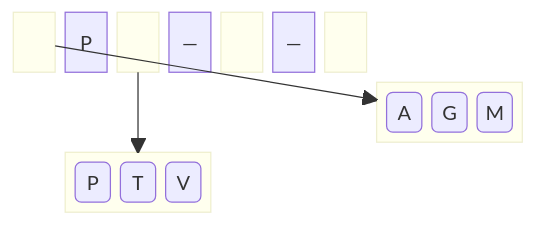
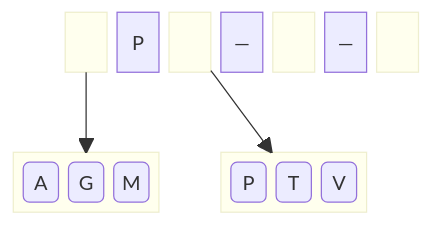
The third of 8 diagrams in Assuntos/busca-ext.md (BenhurUFSM/pod26b), drawn with Mermaid before and after one commit. The commit also changed other lines of this file, not shown here.

````diff
--- a/Assuntos/busca-ext.md
+++ b/Assuntos/busca-ext.md
@@ -22,13 +22,14 @@
 ```mermaid
 block
   columns 8
+  space
   block:rl1 space end P block:rl2 space end rb["—"] block:rl3 space end rc["—"] block:rl4 space end
   space:8
 
   block:f1:3 f1a("A") f1b("G") f1c("M") end space
   block:f2:3 f2a("P") f2b("T") f2c("V") end
   space
 
   rl1-->f1
   rl2-->f2
 ```
````
